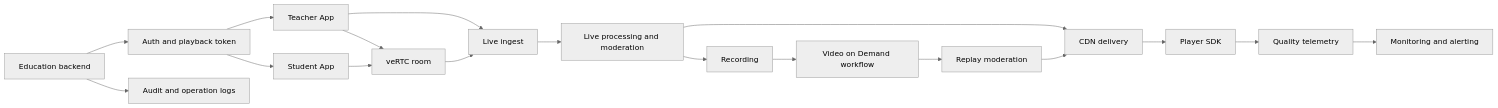
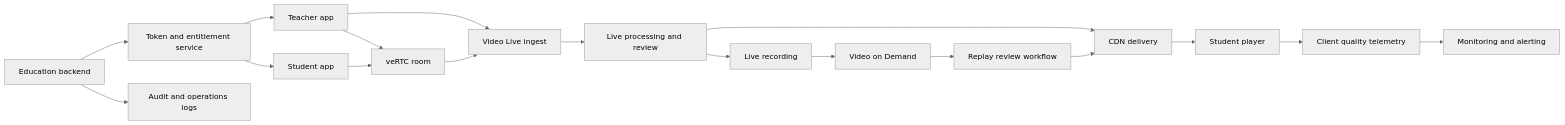
The diagram in tests/forward/media.md (Joyce0301/volcengine-solutions-architect), drawn with Mermaid (neutral theme) before and after one commit. The commit also changed other lines of this file and 5 other files, not shown here.

````diff
--- a/tests/forward/media.md
+++ b/tests/forward/media.md
@@ -66,20 +64,20 @@
 ```mermaid
 flowchart LR
-  T[Teacher App] --> RTC[veRTC room]
-  S[Student App] --> RTC
-  T --> LIVE[Live ingest]
-  RTC --> LIVE
-  LIVE --> PROC[Live processing and moderation]
-  PROC --> CDN[CDN delivery]
-  CDN --> P[Player SDK]
-  PROC --> REC[Recording]
-  REC --> VOD[Video on Demand workflow]
-  VOD --> MOD[Replay moderation]
-  MOD --> CDN
-  P --> Q[Quality telemetry]
-  Q --> OBS[Monitoring and alerting]
-  APP[Education backend] --> AUTH[Auth and playback token]
-  AUTH --> T
-  AUTH --> S
-  APP --> AUDIT[Audit and operation logs]
+  Teacher[Teacher app] --> RTC[veRTC room]
+  Student[Student app] --> RTC
+  Teacher --> Live[Video Live ingest]
+  RTC --> Live
+  Live --> Process[Live processing and review]
+  Process --> CDN[CDN delivery]
+  CDN --> Player[Student player]
+  Process --> Record[Live recording]
+  Record --> VOD[Video on Demand]
+  VOD --> Review[Replay review workflow]
+  Review --> CDN
+  Backend[Education backend] --> Auth[Token and entitlement service]
+  Auth --> Teacher
+  Auth --> Student
+  Backend --> Audit[Audit and operations logs]
+  Player --> Quality[Client quality telemetry]
+  Quality --> Ops[Monitoring and alerting]
 ```
````
